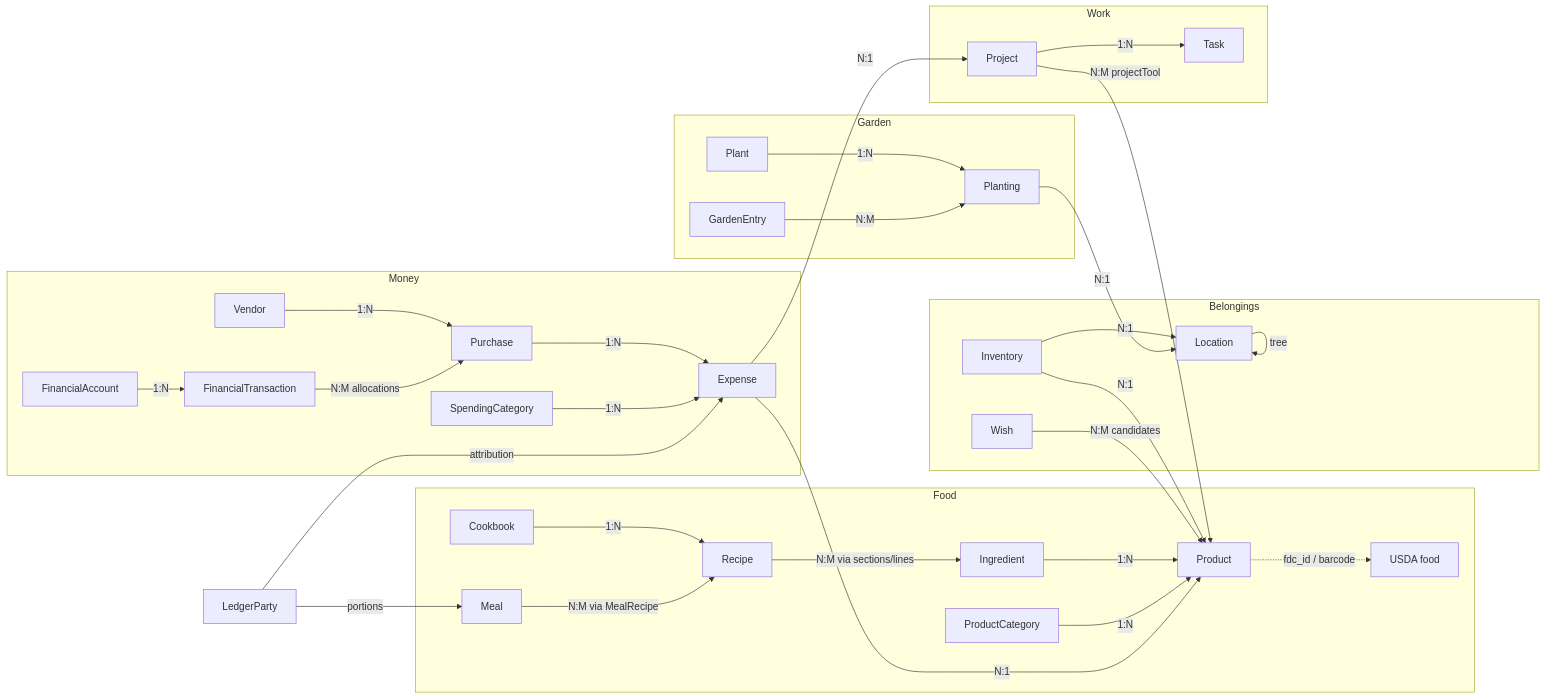
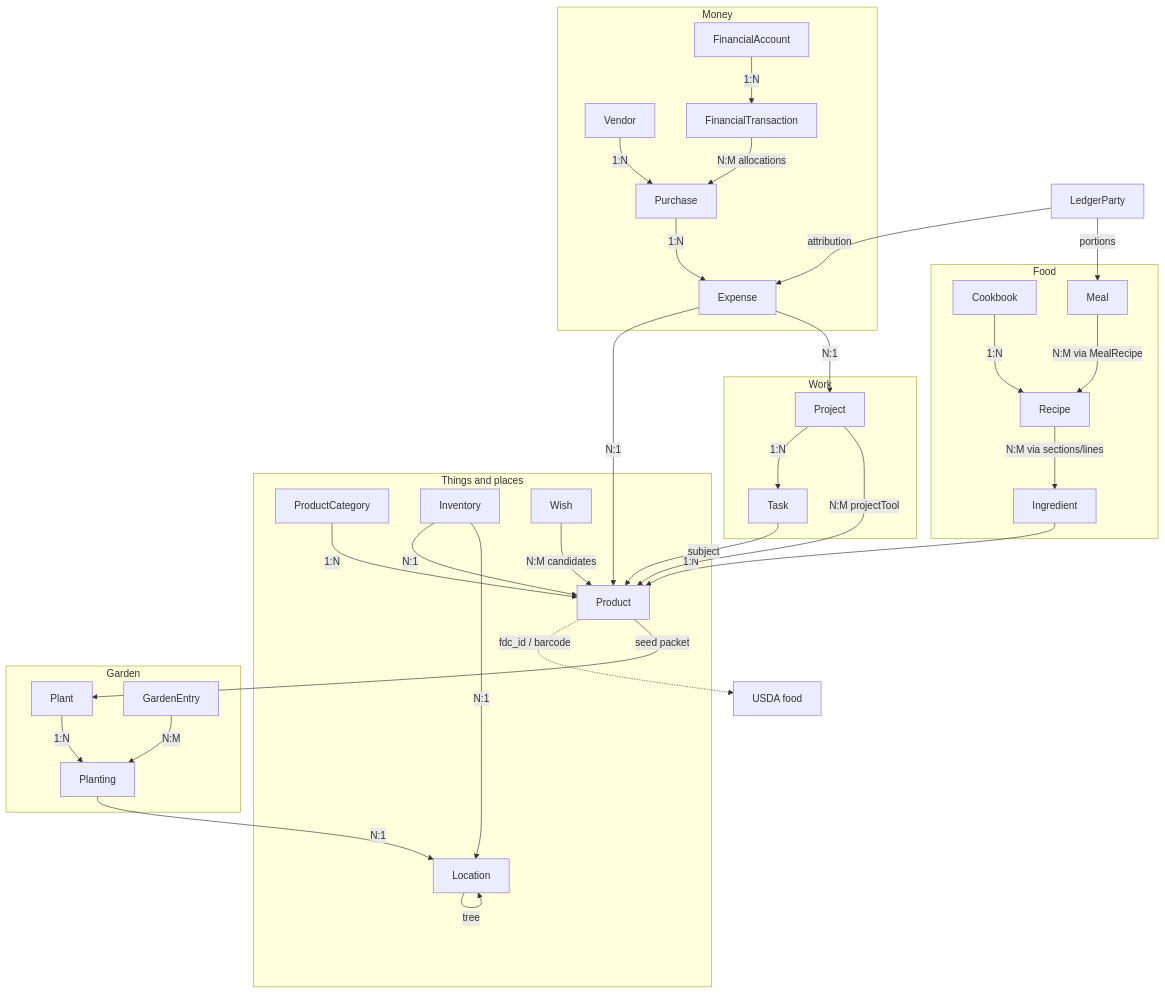
Before and after one commit to nickysemenza/cubby: the diagram in README.md, drawn with Mermaid. The commit also changed other lines of this file, not shown here.

First line of the commit message:
Group README entities around Product as the shared core

````diff
--- a/README.md
+++ b/README.md
@@ -72,37 +77,38 @@
 ```mermaid
-flowchart LR
+flowchart TB
+  subgraph Core["Things and places"]
+    ProductCategory -- "1:N" --> Product
+    Inventory -- "N:1" --> Product
+    Inventory -- "N:1" --> Location
+    Location -- "tree" --> Location
+    Wish -- "N:M candidates" --> Product
+  end
   subgraph Food
     Recipe -- "N:M via sections/lines" --> Ingredient
-    Ingredient -- "1:N" --> Product
     Cookbook -- "1:N" --> Recipe
     Meal -- "N:M via MealRecipe" --> Recipe
-    Product -. "fdc_id / barcode" .-> USDA[USDA food]
-    ProductCategory -- "1:N" --> Product
-  end
-  subgraph Belongings
-    Location -- "tree" --> Location
-    Inventory -- "N:1" --> Product
-    Inventory -- "N:1" --> Location
-    Wish -- "N:M candidates" --> Product
   end
   subgraph Garden
     Plant -- "1:N" --> Planting
-    Planting -- "N:1" --> Location
     GardenEntry -- "N:M" --> Planting
   end
   subgraph Work
     Project -- "1:N" --> Task
-    Project -- "N:M projectTool" --> Product
   end
   subgraph Money
     Vendor -- "1:N" --> Purchase
     Purchase -- "1:N" --> Expense
-    Expense -- "N:1" --> Product
-    Expense -- "N:1" --> Project
     FinancialAccount -- "1:N" --> FinancialTransaction
     FinancialTransaction -- "N:M allocations" --> Purchase
-    SpendingCategory -- "1:N" --> Expense
   end
+  Ingredient -- "1:N" --> Product
+  Product -. "fdc_id / barcode" .-> USDA[USDA food]
+  Product -- "seed packet" --> Plant
+  Planting -- "N:1" --> Location
+  Project -- "N:M projectTool" --> Product
+  Task -- "subject" --> Product
+  Expense -- "N:1" --> Product
+  Expense -- "N:1" --> Project
   LedgerParty -- "attribution" --> Expense
   LedgerParty -- "portions" --> Meal
 ```
````
